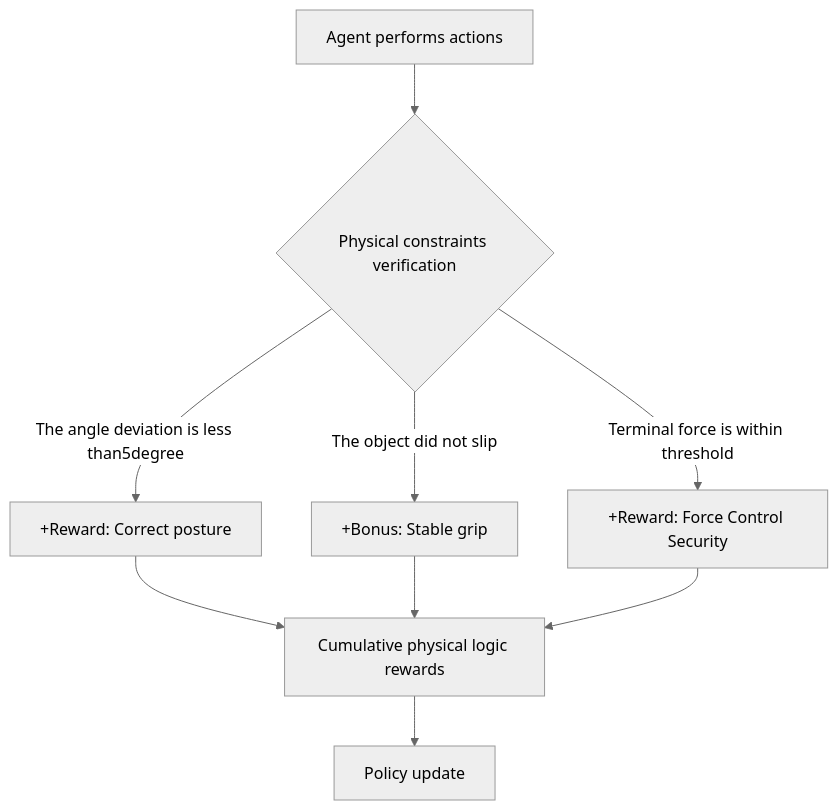
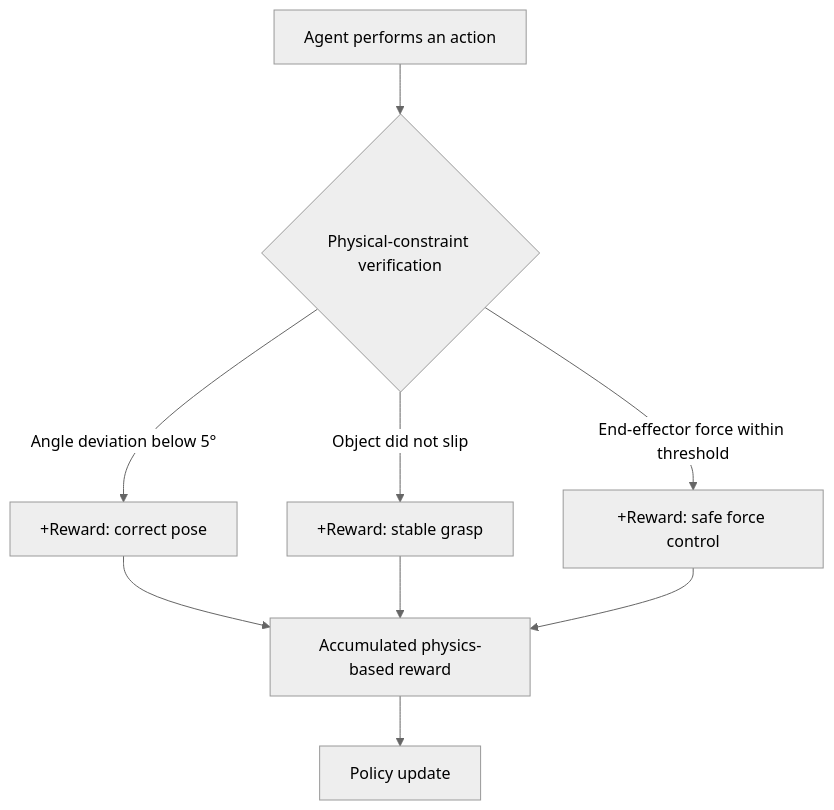
The ninth of 24 diagrams in _translations/en/research/Reinforcement-Learning-Survey.md (TingdeLiu/tingdeliu.github.io), drawn with Mermaid (neutral theme) before and after one commit. The commit also changed other lines of this file and 51 other files, not shown here.

````diff
--- a/_translations/en/research/Reinforcement-Learning-Survey.md
+++ b/_translations/en/research/Reinforcement-Learning-Survey.md
@@ -813,11 +813,11 @@
 ```mermaid
 graph TD
-    A["Agent performs actions"] --> B{"Physical constraints verification"}
-    B -->|The angle deviation is less than5degree| C["+Reward: Correct posture"]
-    B -->|The object did not slip| D["+Bonus: Stable grip"]
-    B -->|Terminal force is within threshold| E["+Reward: Force Control Security"]
-    C --> F["Cumulative physical logic rewards"]
+    A["Agent performs an action"] --> B{"Physical-constraint verification"}
+    B -->|Angle deviation below 5°| C["+Reward: correct pose"]
+    B -->|Object did not slip| D["+Reward: stable grasp"]
+    B -->|End-effector force within threshold| E["+Reward: safe force control"]
+    C --> F["Accumulated physics-based reward"]
     D --> F
     E --> F
     F --> G["Policy update"]
 ```
````
